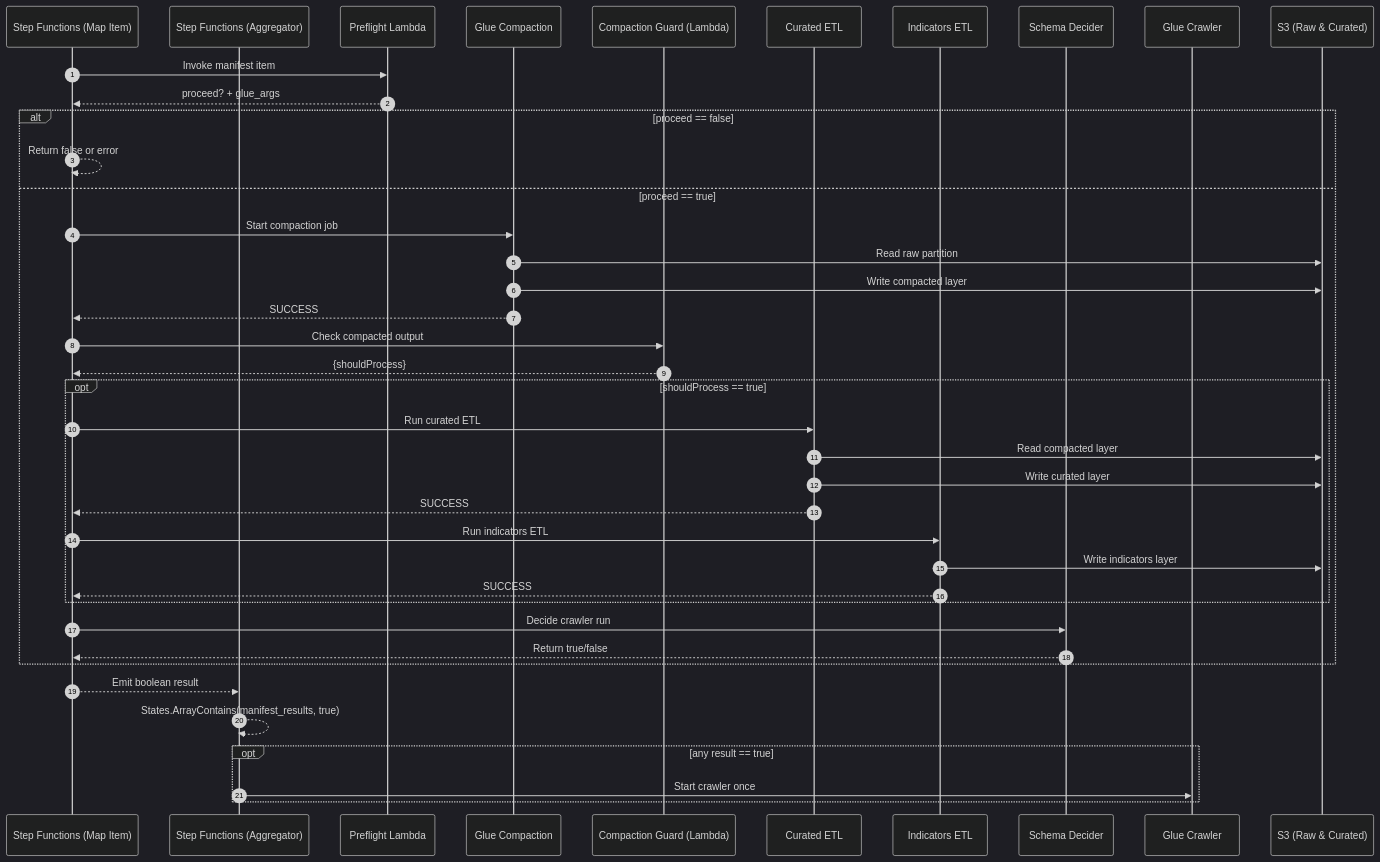
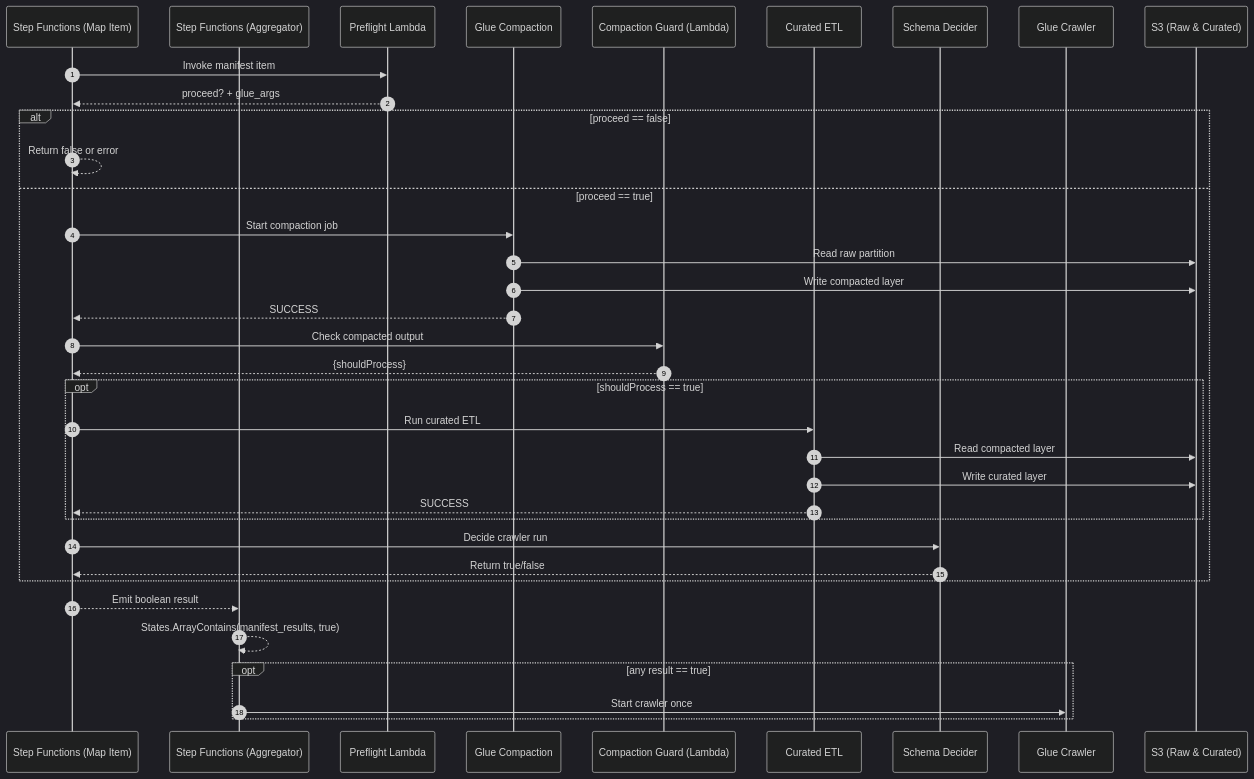
One commit to keemgdeok/fin-forge-pipeline changed the diagram in docs/diagrams/transform/03-sequence.md. Above: the diagram before and after it, drawn with Mermaid (dark theme). The commit also changed 15 other files, not shown here.

Commit message:
docs: refresh transform specs and diagrams for curated-only pipeline

````diff
--- a/docs/diagrams/transform/03-sequence.md
+++ b/docs/diagrams/transform/03-sequence.md
@@ -1,43 +1,39 @@
 ```mermaid
 sequenceDiagram
   autonumber
   participant SF as Step Functions (Map Item)
   participant AGG as Step Functions (Aggregator)
   participant PRE as Preflight Lambda
   participant COMP as Glue Compaction
   participant GUARD as Compaction Guard (Lambda)
   participant ETL as Curated ETL
-  participant IND as Indicators ETL
   participant DEC as Schema Decider
   participant CR as Glue Crawler
   participant S3 as S3 (Raw & Curated)
 
   SF->>PRE: Invoke manifest item
   PRE-->>SF: proceed? + glue_args
   alt proceed == false
     SF-->>SF: Return false or error
   else proceed == true
     SF->>COMP: Start compaction job
     COMP->>S3: Read raw partition
     COMP->>S3: Write compacted layer
     COMP-->>SF: SUCCESS
     SF->>GUARD: Check compacted output
     GUARD-->>SF: {shouldProcess}
     opt shouldProcess == true
       SF->>ETL: Run curated ETL
       ETL->>S3: Read compacted layer
       ETL->>S3: Write curated layer
       ETL-->>SF: SUCCESS
-      SF->>IND: Run indicators ETL
-      IND->>S3: Write indicators layer
-      IND-->>SF: SUCCESS
     end
     SF->>DEC: Decide crawler run
     DEC-->>SF: Return true/false
   end
   SF-->>AGG: Emit boolean result
   AGG-->>AGG: States.ArrayContains(manifest_results, true)
   opt any result == true
     AGG->>CR: Start crawler once
   end
 ```
````
